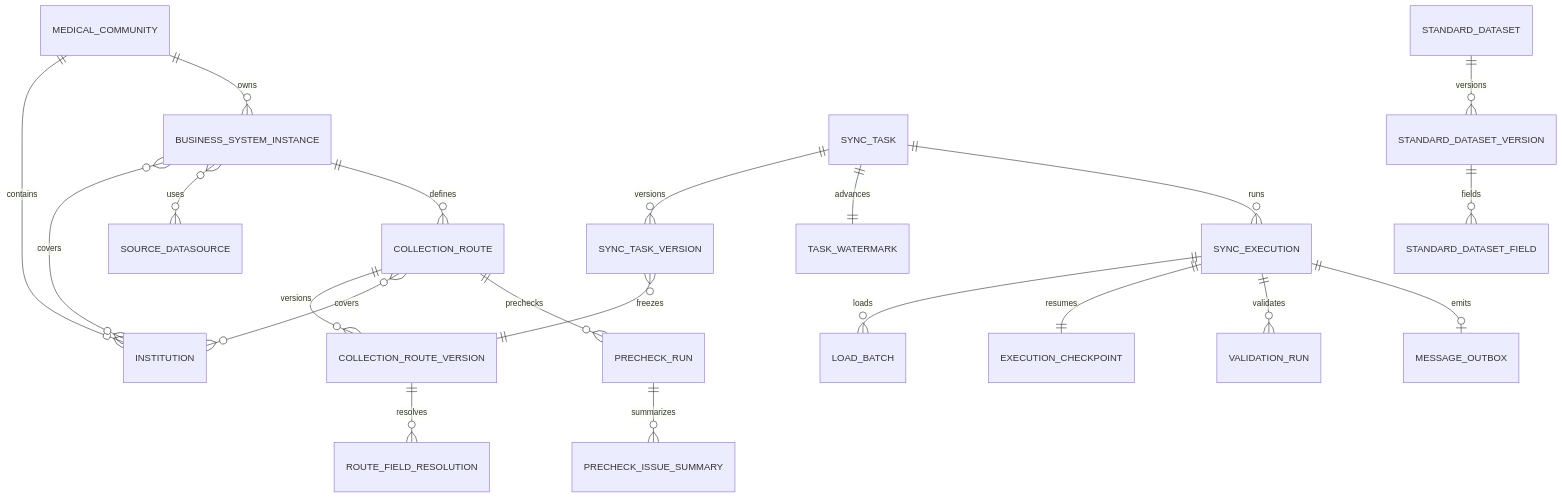
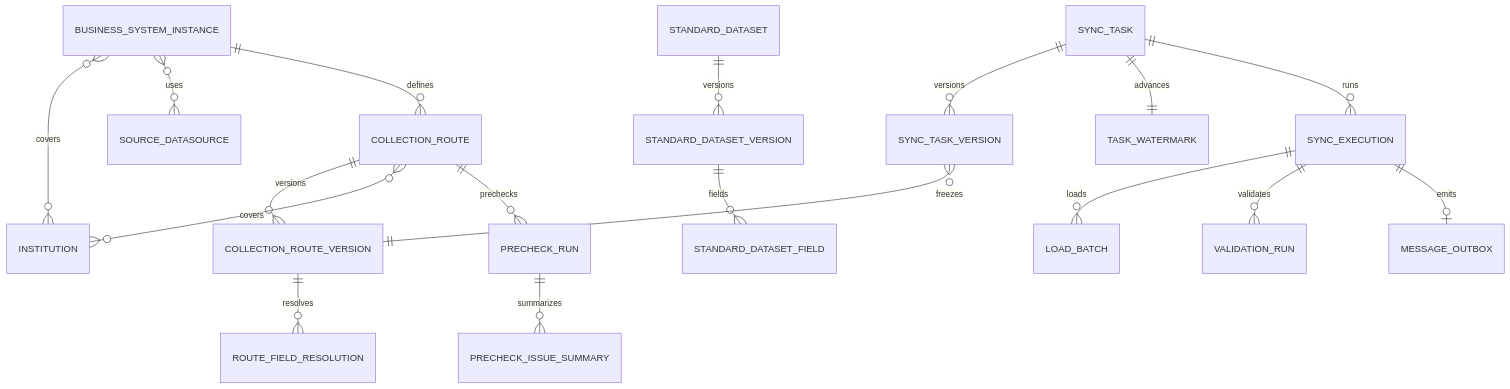
The diagram in spec/TARGET_METADATA_MODEL.md (duhongx/dfetl-service), drawn with Mermaid before and after one commit. The commit also changed other lines of this file and 3 other files, not shown here.

````diff
--- a/spec/TARGET_METADATA_MODEL.md
+++ b/spec/TARGET_METADATA_MODEL.md
@@ -38,23 +39,20 @@
 ```mermaid
 erDiagram
-    MEDICAL_COMMUNITY ||--o{ INSTITUTION : contains
-    MEDICAL_COMMUNITY ||--o{ BUSINESS_SYSTEM_INSTANCE : owns
     BUSINESS_SYSTEM_INSTANCE }o--o{ INSTITUTION : covers
     BUSINESS_SYSTEM_INSTANCE }o--o{ SOURCE_DATASOURCE : uses
     BUSINESS_SYSTEM_INSTANCE ||--o{ COLLECTION_ROUTE : defines
     STANDARD_DATASET ||--o{ STANDARD_DATASET_VERSION : versions
     STANDARD_DATASET_VERSION ||--o{ STANDARD_DATASET_FIELD : fields
     COLLECTION_ROUTE ||--o{ COLLECTION_ROUTE_VERSION : versions
     COLLECTION_ROUTE_VERSION ||--o{ ROUTE_FIELD_RESOLUTION : resolves
     COLLECTION_ROUTE }o--o{ INSTITUTION : covers
     SYNC_TASK ||--o{ SYNC_TASK_VERSION : versions
     SYNC_TASK_VERSION }o--|| COLLECTION_ROUTE_VERSION : freezes
     SYNC_TASK ||--|| TASK_WATERMARK : advances
     SYNC_TASK ||--o{ SYNC_EXECUTION : runs
     SYNC_EXECUTION ||--o{ LOAD_BATCH : loads
-    SYNC_EXECUTION ||--|| EXECUTION_CHECKPOINT : resumes
     SYNC_EXECUTION ||--o{ VALIDATION_RUN : validates
     SYNC_EXECUTION ||--o| MESSAGE_OUTBOX : emits
     COLLECTION_ROUTE ||--o{ PRECHECK_RUN : prechecks
     PRECHECK_RUN ||--o{ PRECHECK_ISSUE_SUMMARY : summarizes
 ```
````
